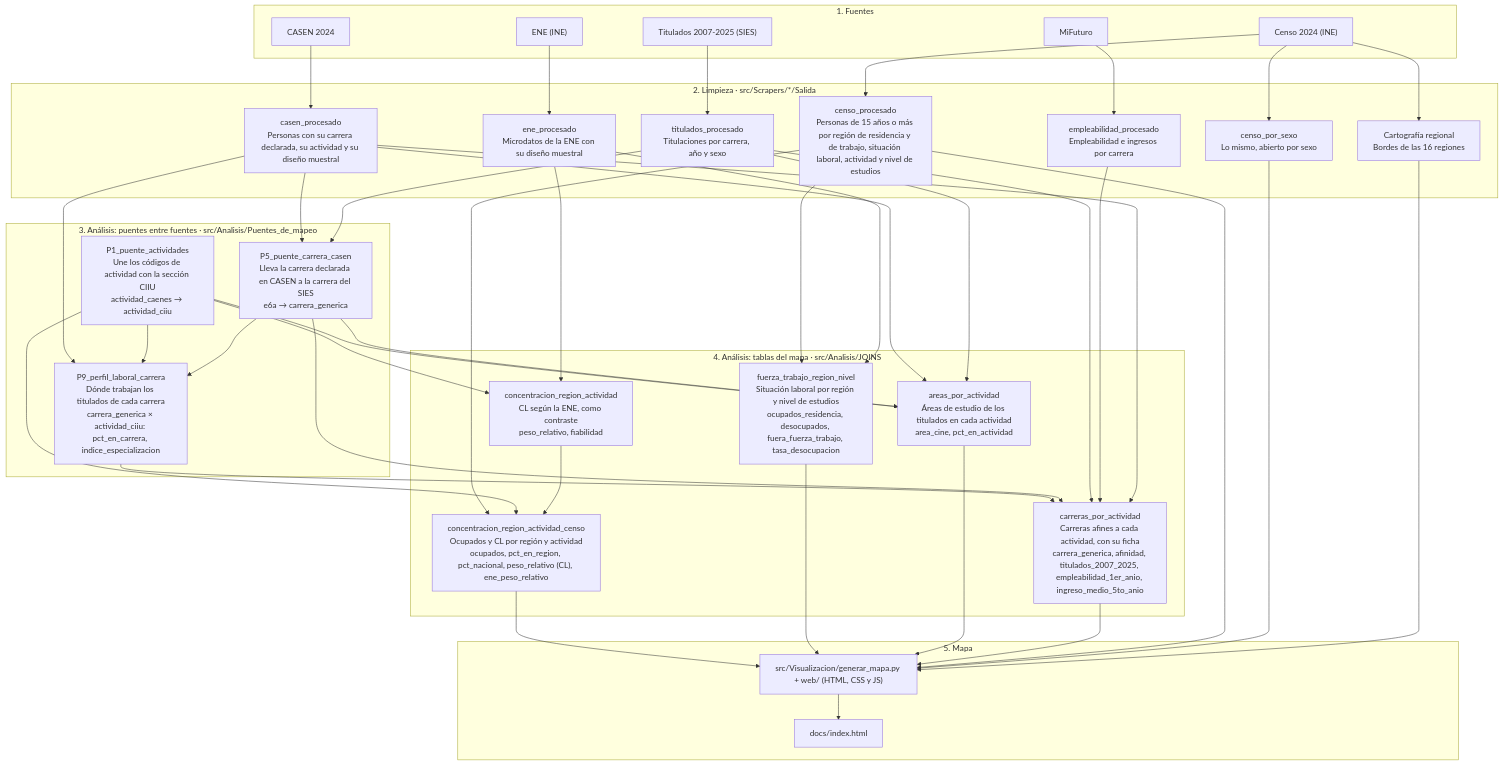
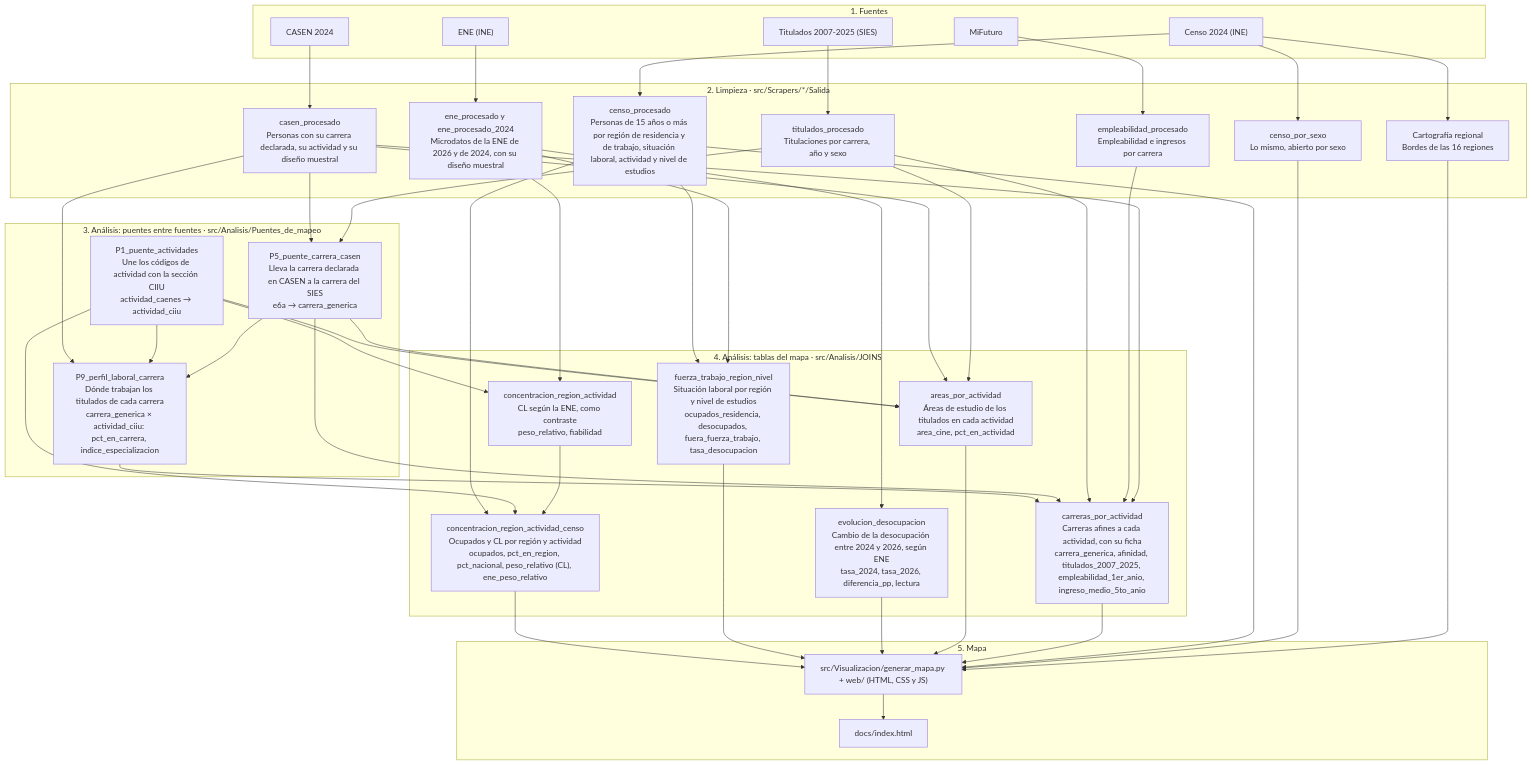
The diagram in README.md (joaomunoz/mapa-laboral-chile), drawn with Mermaid before and after one commit. The commit also changed other lines of this file and 16 other files, not shown here.

First line of the commit message:
Agrega al resumen cómo cambió la desocupación entre 2024 y 2026

````diff
--- a/README.md
+++ b/README.md
@@ -57,57 +57,59 @@
 ```mermaid
 flowchart TD
   subgraph F["1. Fuentes"]
     censo["Censo 2024 (INE)"]
     ene["ENE (INE)"]
     casen["CASEN 2024"]
     sies["Titulados 2007-2025 (SIES)"]
     mifuturo["MiFuturo"]
   end
 
   subgraph L["2. Limpieza · src/Scrapers/*/Salida"]
     cp["censo_procesado<br>Personas de 15 años o más por región de residencia y de trabajo, situación laboral, actividad y nivel de estudios"]
     cs["censo_por_sexo<br>Lo mismo, abierto por sexo"]
     geo["Cartografía regional<br>Bordes de las 16 regiones"]
-    ep["ene_procesado<br>Microdatos de la ENE con su diseño muestral"]
+    ep["ene_procesado y ene_procesado_2024<br>Microdatos de la ENE de 2026 y de 2024, con su diseño muestral"]
     kp["casen_procesado<br>Personas con su carrera declarada, su actividad y su diseño muestral"]
     tp["titulados_procesado<br>Titulaciones por carrera, año y sexo"]
     mp["empleabilidad_procesado<br>Empleabilidad e ingresos por carrera"]
   end
 
   subgraph P["3. Análisis: puentes entre fuentes · src/Analisis/Puentes_de_mapeo"]
     p1["P1_puente_actividades<br>Une los códigos de actividad con la sección CIIU<br>actividad_caenes → actividad_ciiu"]
     p5["P5_puente_carrera_casen<br>Lleva la carrera declarada en CASEN a la carrera del SIES<br>e6a → carrera_generica"]
     p9["P9_perfil_laboral_carrera<br>Dónde trabajan los titulados de cada carrera<br>carrera_generica × actividad_ciiu: pct_en_carrera, indice_especializacion"]
   end
 
   subgraph J["4. Análisis: tablas del mapa · src/Analisis/JOINS"]
     je["concentracion_region_actividad<br>CL según la ENE, como contraste<br>peso_relativo, fiabilidad"]
     jc["concentracion_region_actividad_censo<br>Ocupados y CL por región y actividad<br>ocupados, pct_en_region, pct_nacional, peso_relativo (CL), ene_peso_relativo"]
     jn["fuerza_trabajo_region_nivel<br>Situación laboral por región y nivel de estudios<br>ocupados_residencia, desocupados, fuera_fuerza_trabajo, tasa_desocupacion"]
+    jv["evolucion_desocupacion<br>Cambio de la desocupación entre 2024 y 2026, según ENE<br>tasa_2024, tasa_2026, diferencia_pp, lectura"]
     ja["areas_por_actividad<br>Áreas de estudio de los titulados en cada actividad<br>area_cine, pct_en_actividad"]
     jk["carreras_por_actividad<br>Carreras afines a cada actividad, con su ficha<br>carrera_generica, afinidad, titulados_2007_2025, empleabilidad_1er_anio, ingreso_medio_5to_anio"]
   end
 
   subgraph M["5. Mapa"]
     gen["src/Visualizacion/generar_mapa.py + web/ (HTML, CSS y JS)"]
     out["docs/index.html"]
   end
 
   censo --> cp & cs & geo
   ene --> ep
   casen --> kp
   sies --> tp
   mifuturo --> mp
 
   kp & tp --> p5
   kp & p1 & p5 --> p9
 
   ep & p1 --> je
   cp & p1 & je --> jc
   cp & ep --> jn
+  ep --> jv
   kp & p1 & p5 & tp --> ja
   p9 & p5 & tp & mp & kp --> jk
 
-  jc & jn & ja & jk & cp & cs & geo --> gen
+  jc & jn & jv & ja & jk & cp & cs & geo --> gen
   gen --> out
 ```
````
